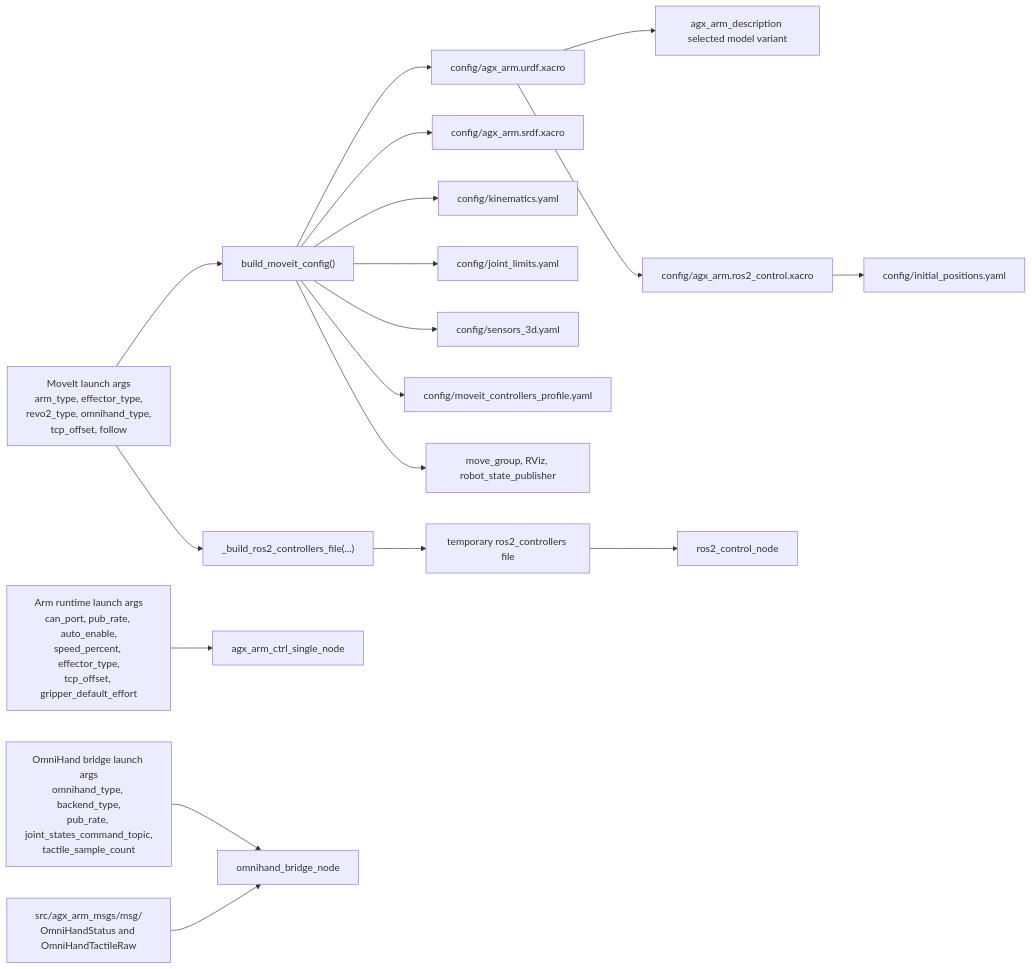
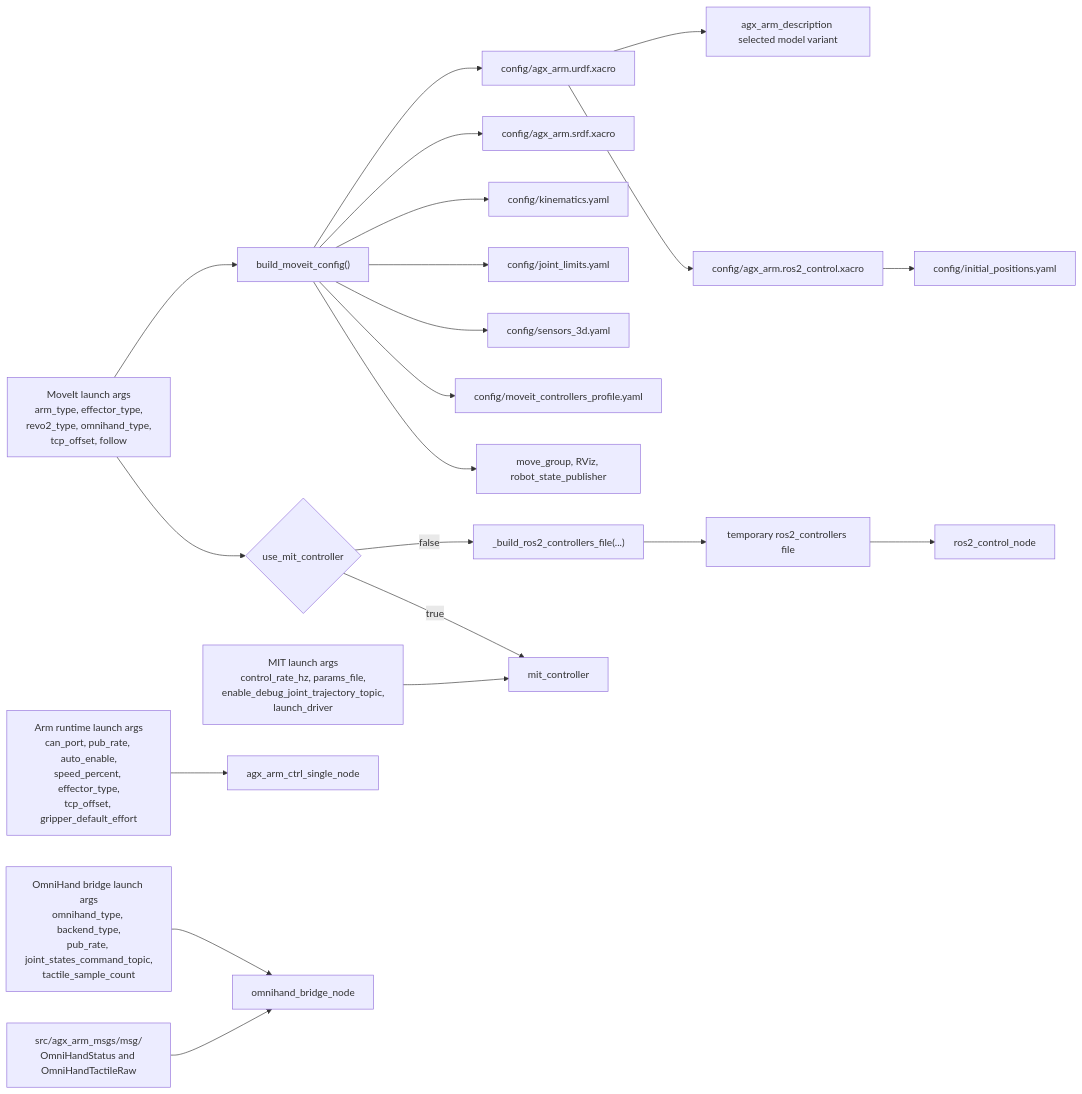
Before and after one commit to robyngehler/agx_arm_ros: the fifth of 5 diagrams in docs/project/repo_interaction_diagrams.md, drawn with Mermaid. The commit also changed other lines of this file and 10 other files, not shown here.

Commit message:
Align MIT launch safety and docs

````diff
--- a/docs/project/repo_interaction_diagrams.md
+++ b/docs/project/repo_interaction_diagrams.md
@@ -194,25 +217,29 @@
 ```mermaid
 flowchart LR
     MOVEITARGS["MoveIt launch args<br/>arm_type, effector_type,<br/>revo2_type, omnihand_type,<br/>tcp_offset, follow"] --> BUILDER["build_moveit_config()"]
 
     BUILDER --> URDF["config/agx_arm.urdf.xacro"]
     BUILDER --> SRDF["config/agx_arm.srdf.xacro"]
     BUILDER --> KIN["config/kinematics.yaml"]
     BUILDER --> LIMITS["config/joint_limits.yaml"]
     BUILDER --> SENSORS["config/sensors_3d.yaml"]
     BUILDER --> EXEC["config/moveit_controllers_profile.yaml"]
     BUILDER --> MOVEITNODES["move_group, RViz, robot_state_publisher"]
 
     URDF --> DESCPKG["agx_arm_description selected model variant"]
     URDF --> ROS2X["config/agx_arm.ros2_control.xacro"]
     ROS2X --> INIT["config/initial_positions.yaml"]
 
-    MOVEITARGS --> TMPCTRL["_build_ros2_controllers_file(...)"]
+    MOVEITARGS --> MITMODE{"use_mit_controller"}
+    MITMODE -- false --> TMPCTRL["_build_ros2_controllers_file(...)"]
     TMPCTRL --> TMPYAML["temporary ros2_controllers file"]
     TMPYAML --> ROS2CTRL["ros2_control_node"]
+    MITMODE -- true --> MITNODE["mit_controller"]
+
+    MITARGS["MIT launch args<br/>control_rate_hz, params_file,<br/>enable_debug_joint_trajectory_topic,<br/>launch_driver"] --> MITNODE
 
     ARMARGS["Arm runtime launch args<br/>can_port, pub_rate, auto_enable,<br/>speed_percent, effector_type,<br/>tcp_offset, gripper_default_effort"] --> ARMNODE["agx_arm_ctrl_single_node"]
 
     HANDARGS["OmniHand bridge launch args<br/>omnihand_type, backend_type,<br/>pub_rate, joint_states_command_topic,<br/>tactile_sample_count"] --> HANDNODE["omnihand_bridge_node"]
     MSGDEFS["src/agx_arm_msgs/msg/<br/>OmniHandStatus and OmniHandTactileRaw"] --> HANDNODE
 ```
````
